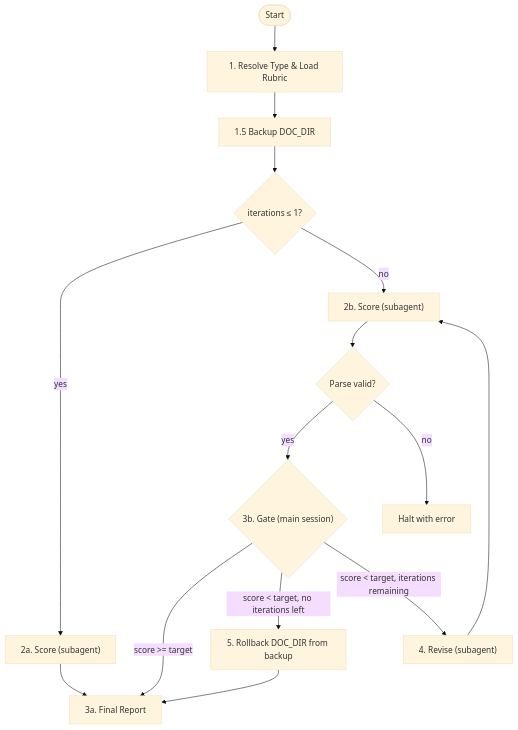
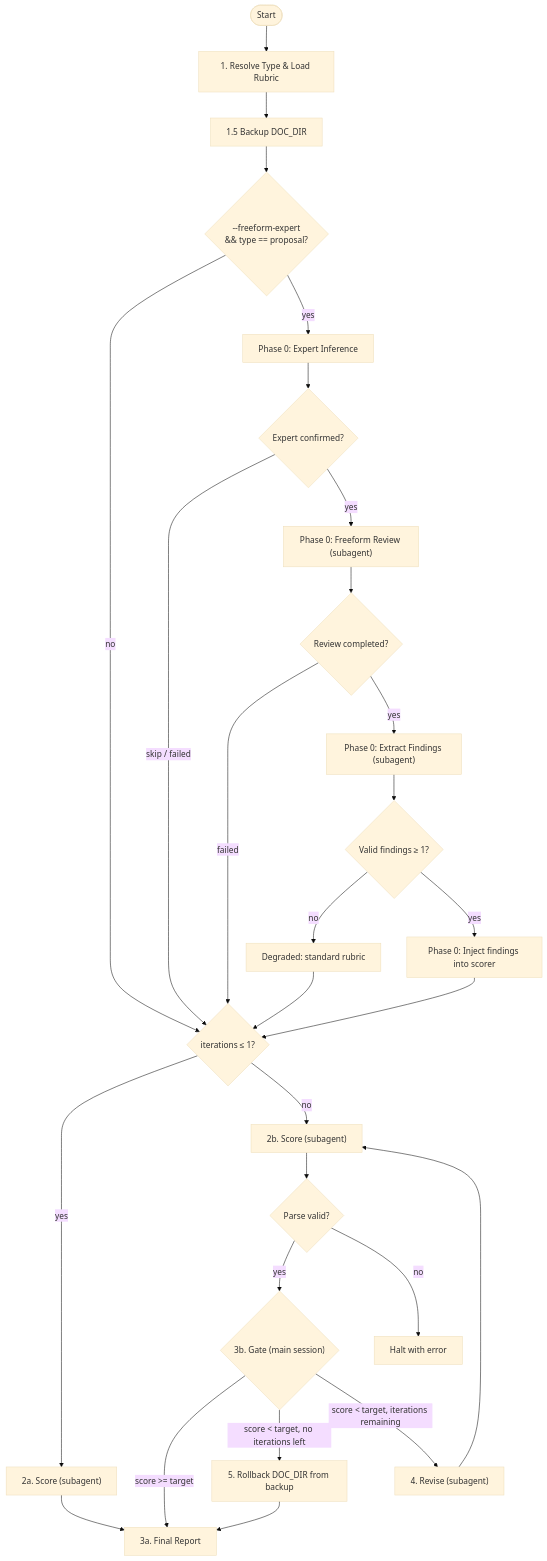
One commit to bigfaner/forge changed the diagram in plugins/forge/skills/eval/SKILL.md. Above: the diagram before and after it, drawn with Mermaid (base theme). The commit also changed other lines of this file and 4 other files, not shown here.

First line of the commit message:
docs(eval): integrate Phase 0 freeform expert review into eval skill

````diff
--- a/plugins/forge/skills/eval/SKILL.md
+++ b/plugins/forge/skills/eval/SKILL.md
@@ -49,17 +52,30 @@
 ```mermaid
 flowchart TD
     A([Start]) --> B["1. Resolve Type & Load Rubric"]
     B --> BAK["1.5 Backup DOC_DIR"]
-    BAK --> C{"iterations ≤ 1?"}
+    BAK --> P0{"--freeform-expert\n&& type == proposal?"}
+    P0 -->|"no"| C{"iterations ≤ 1?"}
+    P0 -->|"yes"| P0A["Phase 0: Expert Inference"]
+    P0A --> P0B{"Expert confirmed?"}
+    P0B -->|"skip / failed"| C
+    P0B -->|"yes"| P0C["Phase 0: Freeform Review (subagent)"]
+    P0C --> P0D{"Review completed?"}
+    P0D -->|"failed"| C
+    P0D -->|"yes"| P0E["Phase 0: Extract Findings (subagent)"]
+    P0E --> P0F{"Valid findings ≥ 1?"}
+    P0F -->|"no"| P0G["Degraded: standard rubric"]
+    P0G --> C
+    P0F -->|"yes"| P0H["Phase 0: Inject findings into scorer"]
+    P0H --> C
     C -->|"yes"| D["2a. Score (subagent)"]
     D --> E["3a. Final Report"]
     C -->|"no"| F["2b. Score (subagent)"]
     F --> PARSE{"Parse valid?"}
     PARSE -->|"yes"| G{"3b. Gate (main session)"}
     PARSE -->|"no"| ERR["Halt with error"]
     G -->|"score >= target"| E
     G -->|"score < target, no iterations left"| ROLL["5. Rollback DOC_DIR from backup"]
     ROLL --> E
     G -->|"score < target, iterations remaining"| H["4. Revise (subagent)"]
     H --> F
 ```
````
